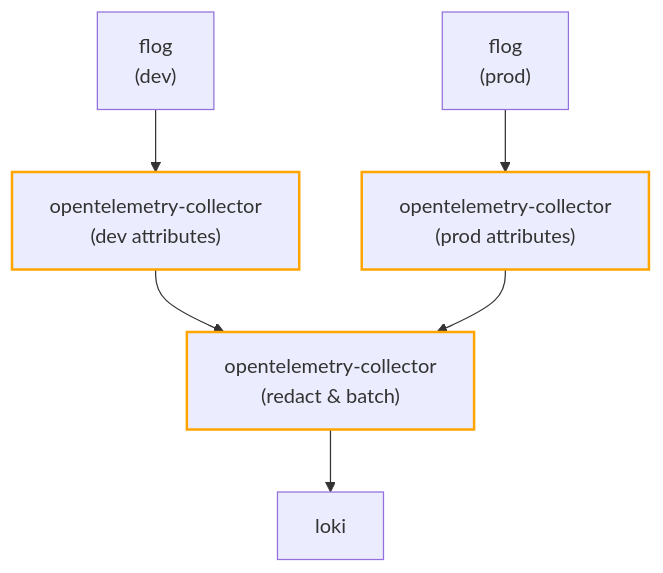
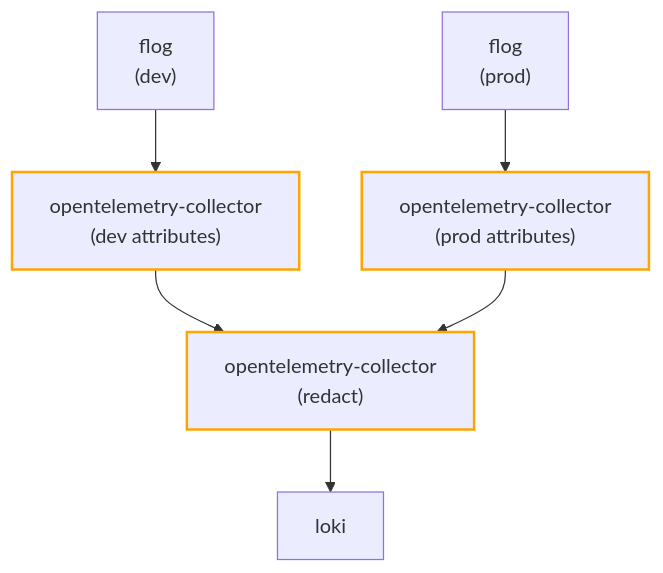
One commit to canonical/observability-stack changed the second of 2 diagrams in docs/how-to/tiered-otelcols.md. Above: the diagram before and after it, drawn with Mermaid. The commit also changed other lines of this file and 3 other files, not shown here.

````diff
--- a/docs/how-to/tiered-otelcols.md
+++ b/docs/how-to/tiered-otelcols.md
@@ -49,14 +49,14 @@
 ```{mermaid}
 flowchart TB
 
 flog-dev["flog<br>(dev)"] --> dev
 dev["opentelemetry-collector<br>(dev attributes)"] --> fan-in
 
 flog-prod["flog<br>(prod)"] --> prod
 prod["opentelemetry-collector<br>(prod attributes)"] --> fan-in
 
-fan-in["opentelemetry-collector<br>(redact & batch)"] --> loki[loki]
+fan-in["opentelemetry-collector<br>(redact)"] --> loki[loki]
 
 class fan-in,dev,prod thickStroke;
 classDef thickStroke stroke-width:2px, stroke:#FFA500;
 ```
````
